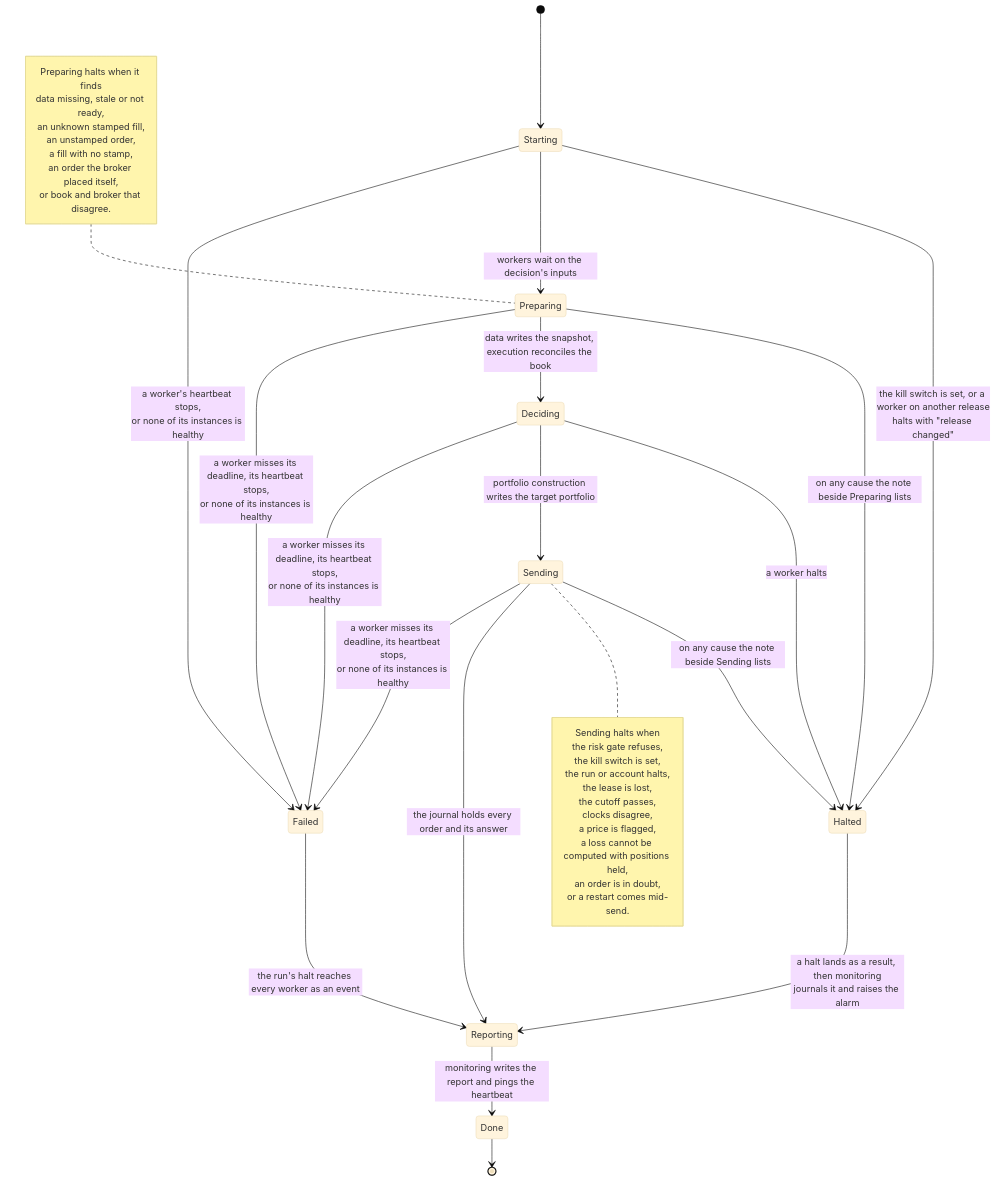
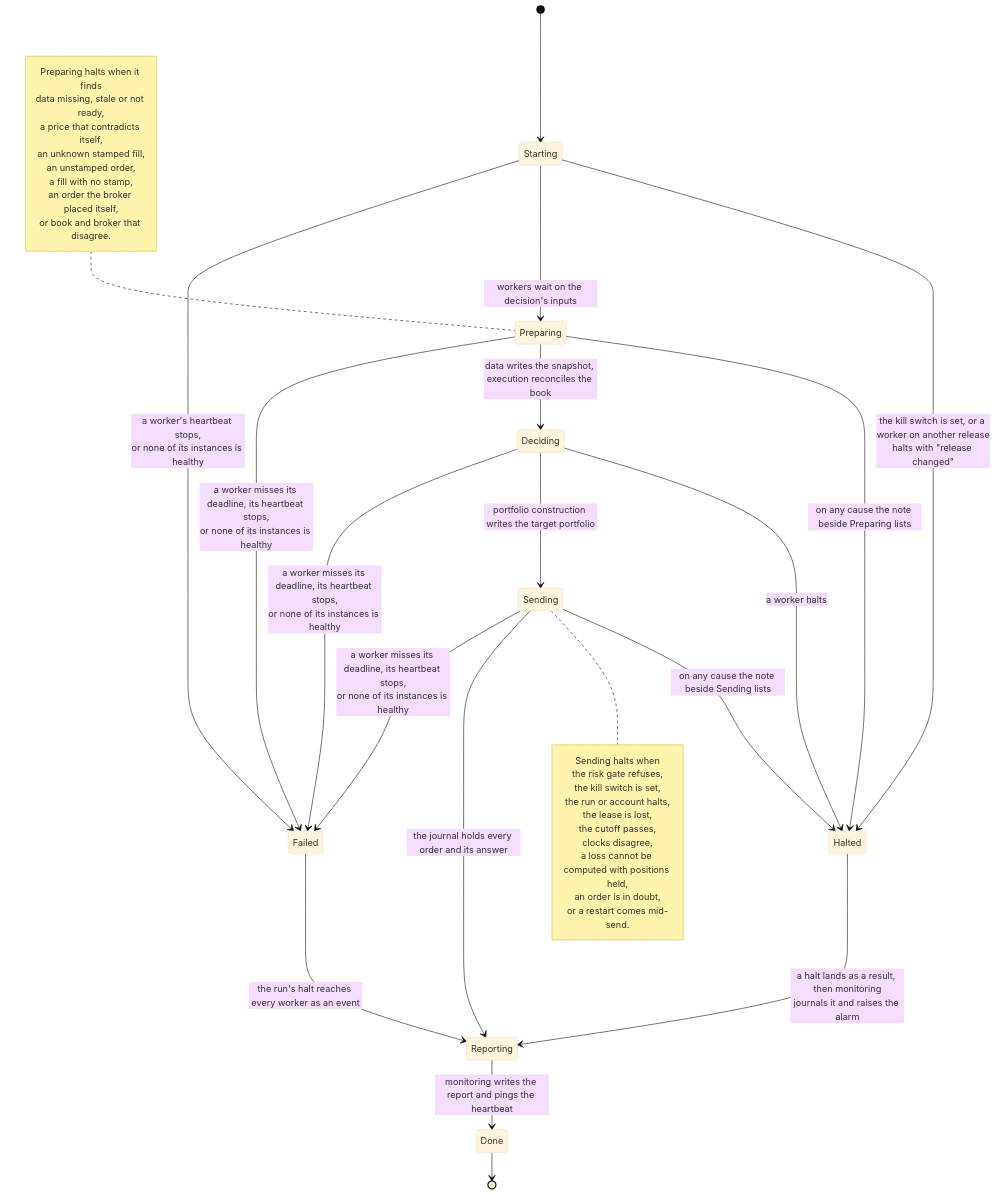
Diagram 18 of 18 in docs/architecture/06-runtime.md (l3a0/ithildin-runtime), drawn with Mermaid (base theme) before and after one commit. The commit also changed other lines of this file and 42 other files, not shown here.

````diff
--- a/docs/architecture/06-runtime.md
+++ b/docs/architecture/06-runtime.md
@@ -1163,42 +1163,42 @@
 ```mermaid
 stateDiagram-v2
     [*] --> Starting
     Starting --> Halted: the kill switch is set, or a worker on another release<br/>halts with "release changed"
     Starting --> Preparing: workers wait on the decision's inputs
     Preparing --> Halted: on any cause the note beside Preparing lists
     note left of Preparing
         Preparing halts when it finds
         data missing, stale or not ready,
+        a price that contradicts itself,
         an unknown stamped fill,
         an unstamped order,
         a fill with no stamp,
         an order the broker placed itself,
         or book and broker that disagree.
     end note
     Preparing --> Deciding: data writes the snapshot, execution reconciles the book
     Deciding --> Halted: a worker halts
     Deciding --> Sending: portfolio construction writes the target portfolio
     Sending --> Halted: on any cause the note beside Sending lists
     note right of Sending
         Sending halts when
         the risk gate refuses,
         the kill switch is set,
         the run or account halts,
         the lease is lost,
         the cutoff passes,
         clocks disagree,
-        a price is flagged,
         a loss cannot be computed with positions held,
         an order is in doubt,
         or a restart comes mid-send.
     end note
     Sending --> Reporting: the journal holds every order and its answer
     Halted --> Reporting: a halt lands as a result, then monitoring<br/>journals it and raises the alarm
     Reporting --> Done: monitoring writes the report and pings the heartbeat
     Done --> [*]
     Starting --> Failed: a worker's heartbeat stops,<br/>or none of its instances is healthy
     Preparing --> Failed: a worker misses its deadline, its heartbeat stops,<br/>or none of its instances is healthy
     Deciding --> Failed: a worker misses its deadline, its heartbeat stops,<br/>or none of its instances is healthy
     Sending --> Failed: a worker misses its deadline, its heartbeat stops,<br/>or none of its instances is healthy
     Failed --> Reporting: the run's halt reaches every worker as an event
 ```
````
